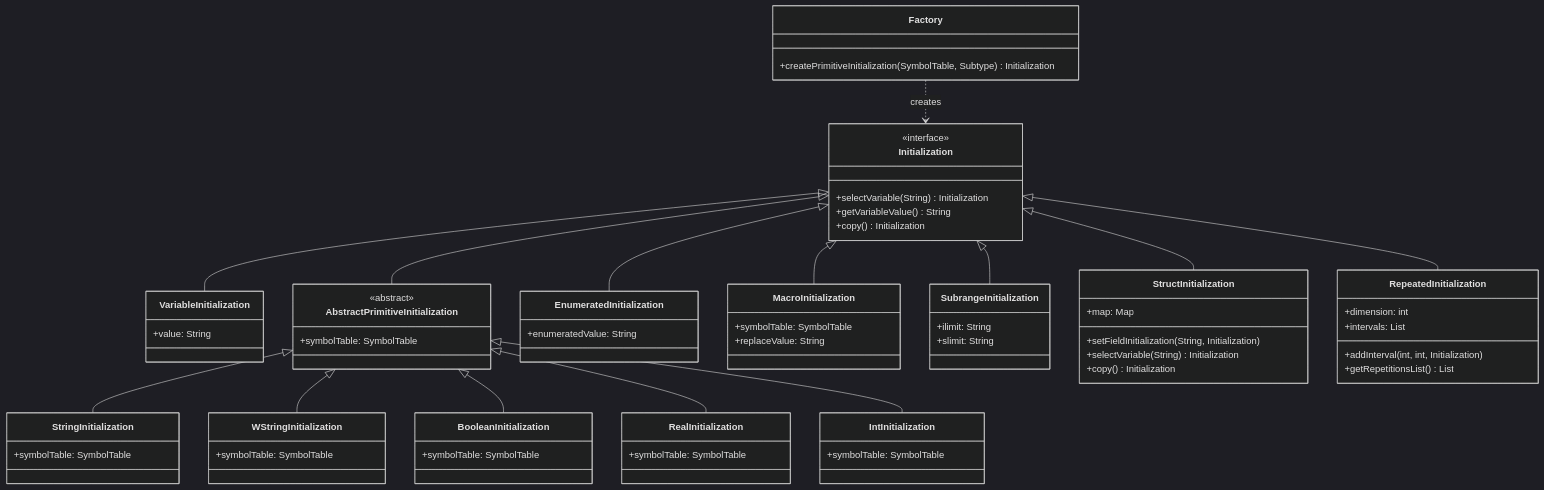
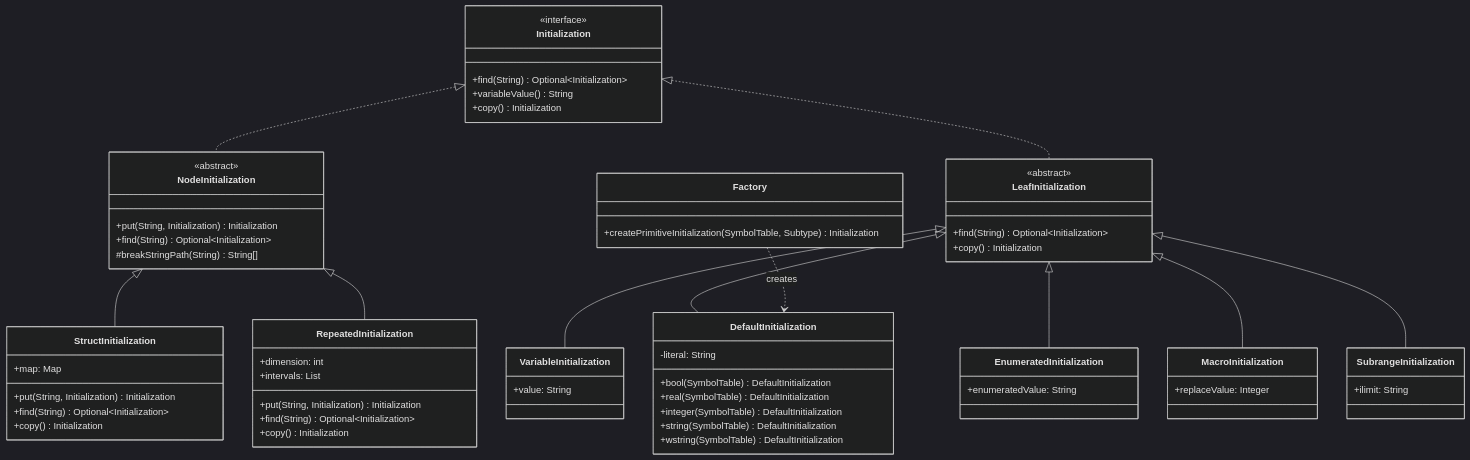
One commit to PascalUser/FLC-IEC61131-7 changed the third of 6 diagrams in doc/modules/parser.md. Above: the diagram before and after it, drawn with Mermaid (dark theme). The commit also changed other lines of this file and 62 other files, not shown here.

````diff
--- a/doc/modules/parser.md
+++ b/doc/modules/parser.md
@@ -350,70 +361,66 @@
 ```mermaid
 classDiagram
     class Initialization {
         <<interface>>
-        +selectVariable(String) Initialization
-        +getVariableValue() String
+        +find(String) Optional~Initialization~
+        +variableValue() String
+        +copy() Initialization
+    }
+    class NodeInitialization {
+        <<abstract>>
+        +put(String, Initialization) Initialization
+        +find(String) Optional~Initialization~
+        #breakStringPath(String) String[]
+    }
+    class LeafInitialization {
+        <<abstract>>
+        +find(String) Optional~Initialization~
         +copy() Initialization
     }
     class VariableInitialization {
         +value: String
     }
-    class AbstractPrimitiveInitialization {
-        <<abstract>>
-        +symbolTable: SymbolTable
-    }
-    class StringInitialization {
-        +symbolTable: SymbolTable
-    }
-    class WStringInitialization {
-        +symbolTable: SymbolTable
-    }
-    class BooleanInitialization {
-        +symbolTable: SymbolTable
-    }
-    class RealInitialization {
-        +symbolTable: SymbolTable
-    }
-    class IntInitialization {
-        +symbolTable: SymbolTable
+    class DefaultInitialization {
+        -literal: String
+        +bool(SymbolTable) DefaultInitialization
+        +real(SymbolTable) DefaultInitialization
+        +integer(SymbolTable) DefaultInitialization
+        +string(SymbolTable) DefaultInitialization
+        +wstring(SymbolTable) DefaultInitialization
     }
     class EnumeratedInitialization {
         +enumeratedValue: String
     }
     class MacroInitialization {
-        +symbolTable: SymbolTable
-        +replaceValue: String
+        +replaceValue: Integer
     }
     class SubrangeInitialization {
         +ilimit: String
-        +slimit: String
     }
     class StructInitialization {
         +map: Map
-        +setFieldInitialization(String, Initialization)
-        +selectVariable(String) Initialization
+        +put(String, Initialization) Initialization
+        +find(String) Optional~Initialization~
         +copy() Initialization
     }
     class RepeatedInitialization {
         +dimension: int
         +intervals: List
-        +addInterval(int, int, Initialization)
-        +getRepetitionsList() List
+        +put(String, Initialization) Initialization
+        +find(String) Optional~Initialization~
+        +copy() Initialization
     }
     class Factory {
         +createPrimitiveInitialization(SymbolTable, Subtype) Initialization
     }
-    Initialization <|-- VariableInitialization
-    Initialization <|-- AbstractPrimitiveInitialization
-    AbstractPrimitiveInitialization <|-- StringInitialization
-    AbstractPrimitiveInitialization <|-- WStringInitialization
-    AbstractPrimitiveInitialization <|-- BooleanInitialization
-    AbstractPrimitiveInitialization <|-- RealInitialization
-    AbstractPrimitiveInitialization <|-- IntInitialization
-    Initialization <|-- EnumeratedInitialization
-    Initialization <|-- MacroInitialization
-    Initialization <|-- SubrangeInitialization
-    Initialization <|-- StructInitialization
-    Initialization <|-- RepeatedInitialization
-    Factory ..> Initialization : creates
+    Initialization <|.. NodeInitialization
+    Initialization <|.. LeafInitialization
+    NodeInitialization <|-- StructInitialization
+    NodeInitialization <|-- RepeatedInitialization
+    LeafInitialization <|-- VariableInitialization
+    LeafInitialization <|-- DefaultInitialization
+    LeafInitialization <|-- EnumeratedInitialization
+    LeafInitialization <|-- MacroInitialization
+    LeafInitialization <|-- SubrangeInitialization
+    Factory ..> DefaultInitialization : creates
 ```
````
